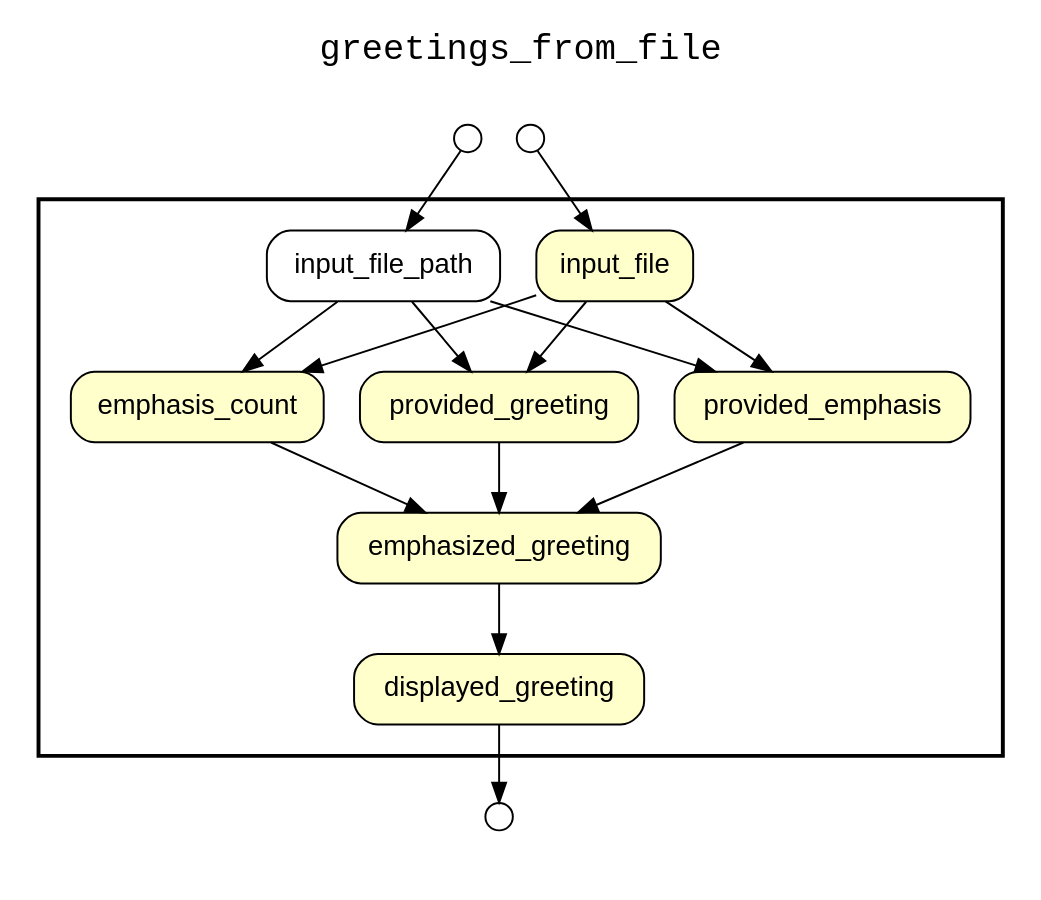
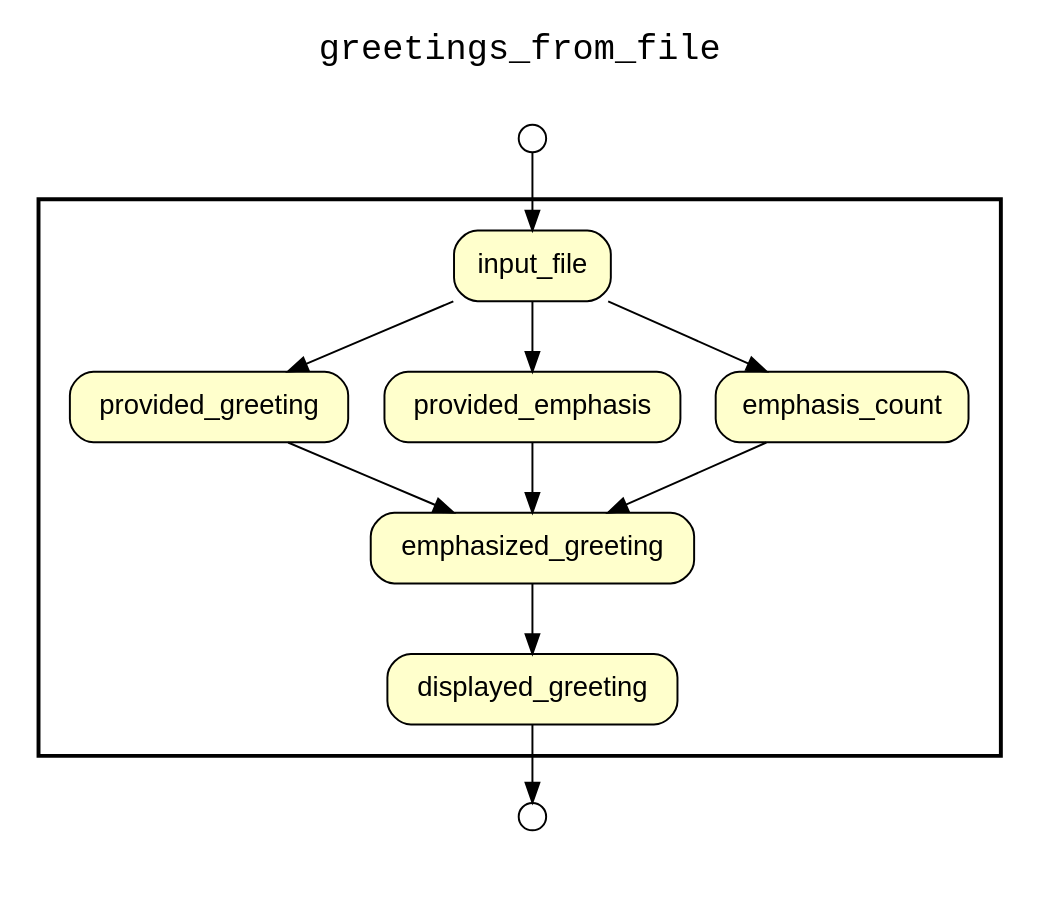
One commit to yesworkflow-org/yw-noworkflow changed the diagram in examples/06_greeting_from_file/yw_data_graph.gv. Above: the diagram before and after it, drawn with Graphviz. The commit also changed 26 other files, not shown here.

```diff
--- a/examples/06_greeting_from_file/yw_data_graph.gv
+++ b/examples/06_greeting_from_file/yw_data_graph.gv
@@ -1,42 +1,36 @@
 
 digraph yw_data_view {
 rankdir=TB
 fontname=Courier; fontsize=18; labelloc=t
 label="greetings_from_file"
 subgraph cluster_workflow { label=""; color=black; penwidth=2
 subgraph cluster_workflow_inner { label=""; color=white
 node[shape=box style="rounded,filled" fillcolor="#FFFFCC" peripheries=1 fontname=Helvetica]
 input_file
 provided_greeting
 provided_emphasis
 emphasis_count
 emphasized_greeting
 displayed_greeting
 node[shape=box style="rounded,filled" fillcolor="#FFFFFF" peripheries=1 fontname=Helvetica]
-input_file_path
 }}
 subgraph cluster_inflows { label=""; color=white; penwidth=2
 subgraph cluster_inflows_inner { label=""; color=white
 node[shape=circle fillcolor="#FFFFFF" peripheries=1 width=0.2]
 input_file_inflow [label=""]
-input_file_path_inflow [label=""]
 }}
 subgraph cluster_outflows { label=""; color=white; penwidth=2
 subgraph cluster_outflows_inner { label=""; color=white
 node[shape=circle fillcolor="#FFFFFF" peripheries=1 width=0.2]
 displayed_greeting_outflow [label=""]
 }}
-input_file_path -> provided_greeting
 input_file -> provided_greeting
-input_file_path -> provided_emphasis
 input_file -> provided_emphasis
-input_file_path -> emphasis_count
 input_file -> emphasis_count
 provided_greeting -> emphasized_greeting
 provided_emphasis -> emphasized_greeting
 emphasis_count -> emphasized_greeting
 emphasized_greeting -> displayed_greeting
 input_file_inflow -> input_file
-input_file_path_inflow -> input_file_path
 displayed_greeting -> displayed_greeting_outflow
 }
```
